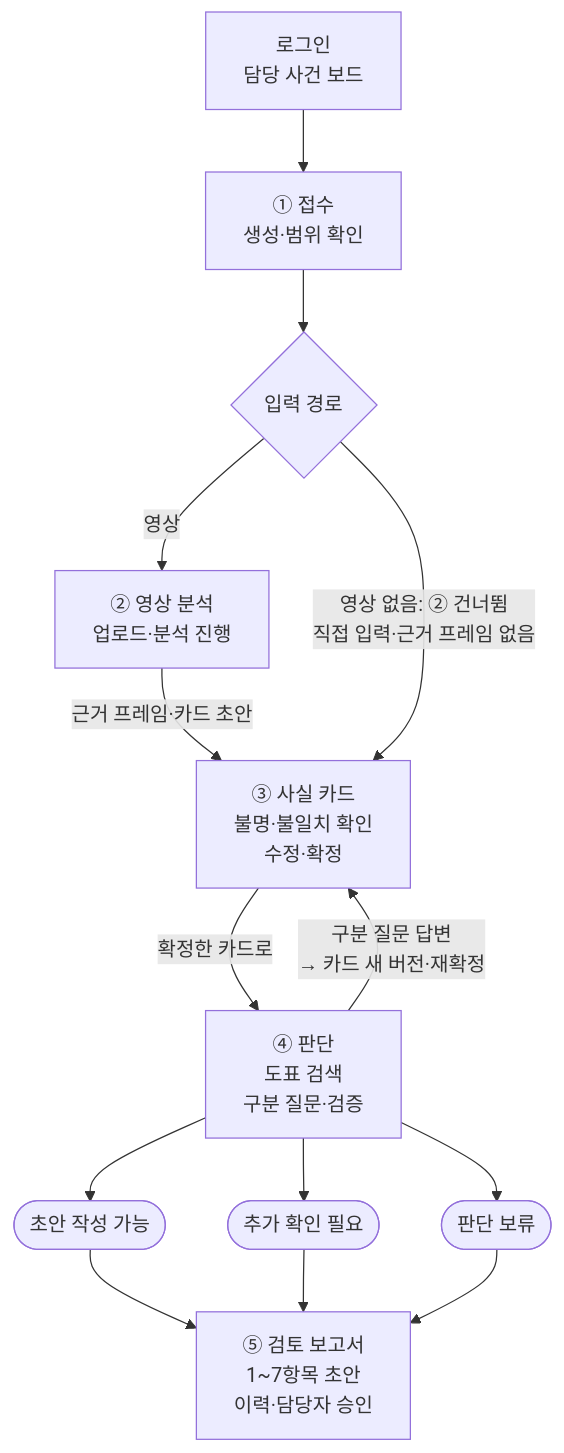
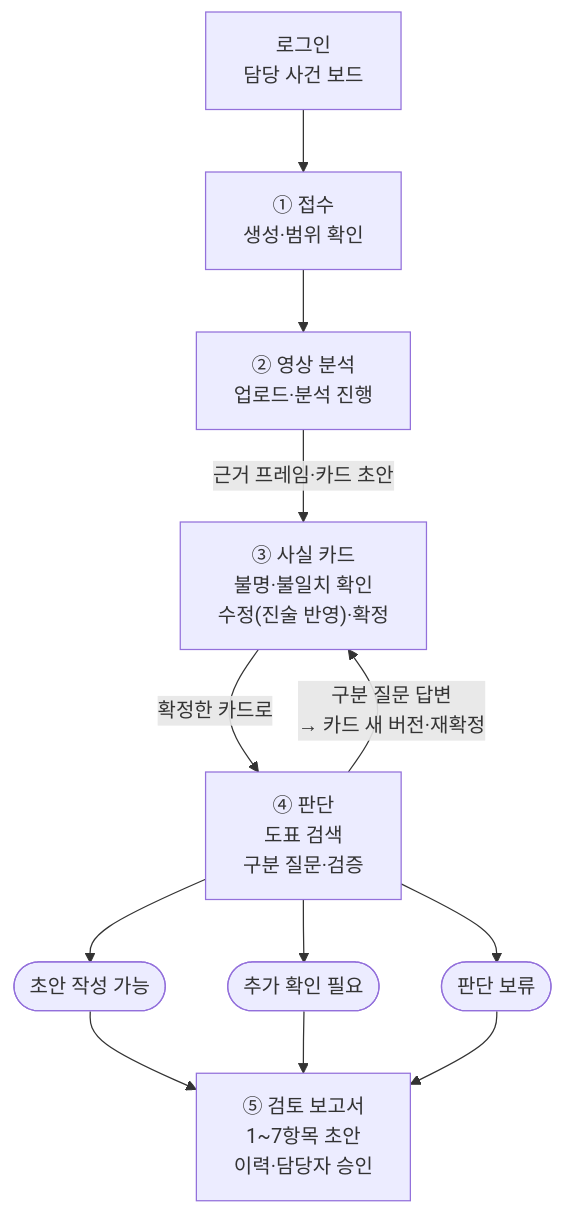
Before and after one commit to Ok-Muncheol/ok-muncheol-fe: the diagram in README.md, drawn with Mermaid. The commit also changed other lines of this file and 12 other files, not shown here.

````diff
--- a/README.md
+++ b/README.md
@@ -41,16 +41,14 @@
 ```mermaid
 flowchart TD
     A["로그인<br/>담당 사건 보드"] --> B["① 접수<br/>생성·범위 확인"]
-    B --> C{입력 경로}
-    C -->|영상| D["② 영상 분석<br/>업로드·분석 진행"]
-    D -->|"근거 프레임·카드 초안"| E["③ 사실 카드<br/>불명·불일치 확인<br/>수정·확정"]
-    C -->|"영상 없음: ② 건너뜀<br/>직접 입력·근거 프레임 없음"| E
+    B --> D["② 영상 분석<br/>업로드·분석 진행"]
+    D -->|"근거 프레임·카드 초안"| E["③ 사실 카드<br/>불명·불일치 확인<br/>수정(진술 반영)·확정"]
     E -->|확정한 카드로| F["④ 판단<br/>도표 검색<br/>구분 질문·검증"]
     F -->|"구분 질문 답변<br/>→ 카드 새 버전·재확정"| E
 
     R1(["초안 작성 가능"])
     R2(["추가 확인 필요"])
     R3(["판단 보류"])
     F --> R1 & R2 & R3
     R1 & R2 & R3 --> G["⑤ 검토 보고서<br/>1~7항목 초안<br/>이력·담당자 승인"]
 ```
````
